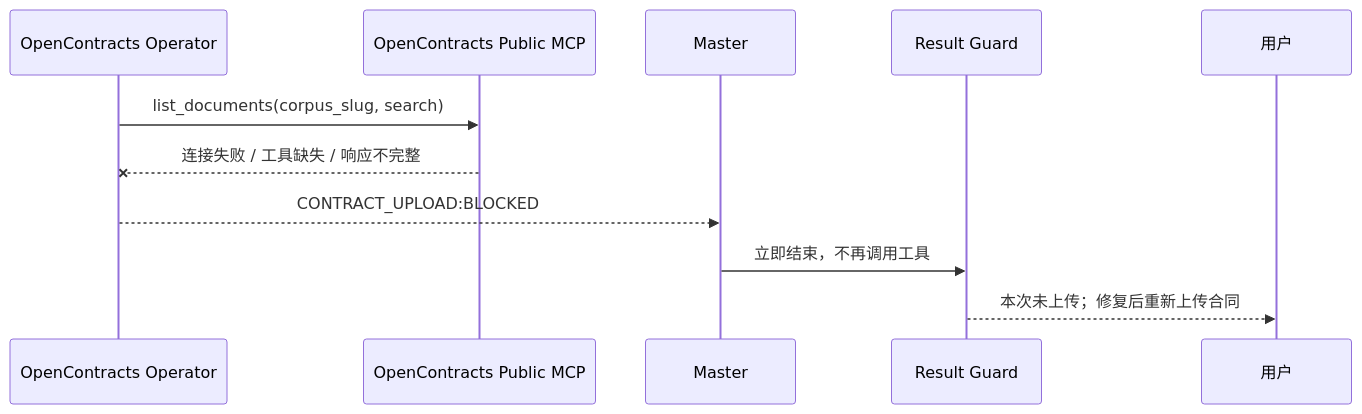
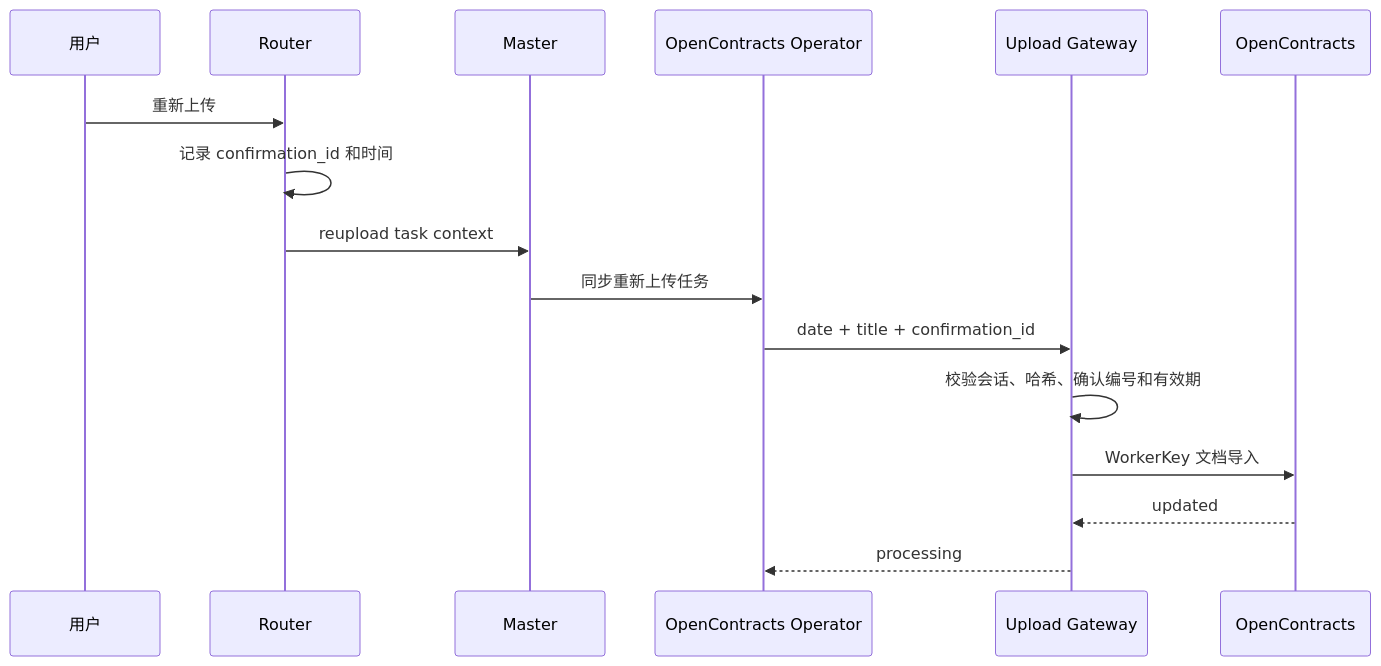
Before and after one commit to Ri0n72Y/ContractBotConfig: the fifth of 6 diagrams in docs/architecture/upload-sequence.md, drawn with Mermaid. The commit also changed other lines of this file, not shown here.

Commit message:
docs: add blocked resume upload sequence

````diff
--- a/docs/architecture/upload-sequence.md
+++ b/docs/architecture/upload-sequence.md
@@ -94,14 +111,19 @@
 ```mermaid
 sequenceDiagram
+    participant U as 用户
+    participant R as Router
+    participant M as Master
     participant O as OpenContracts Operator
-    participant MCP as OpenContracts Public MCP
-    participant M as Master
-    participant RG as Result Guard
-    participant U as 用户
+    participant G as Upload Gateway
+    participant OC as OpenContracts
 
-    O->>MCP: list_documents(corpus_slug, search)
-    MCP--xO: 连接失败 / 工具缺失 / 响应不完整
-    O-->>M: CONTRACT_UPLOAD:BLOCKED
-    M->>RG: 立即结束，不再调用工具
-    RG-->>U: 本次未上传；修复后重新上传合同
+    U->>R: 重新上传
+    R->>R: 记录 confirmation_id 和时间
+    R->>M: reupload task context
+    M->>O: 同步重新上传任务
+    O->>G: date + title + confirmation_id
+    G->>G: 校验会话、哈希、确认编号和有效期
+    G->>OC: WorkerKey 文档导入
+    OC-->>G: updated
+    G-->>O: processing
 ```
````
